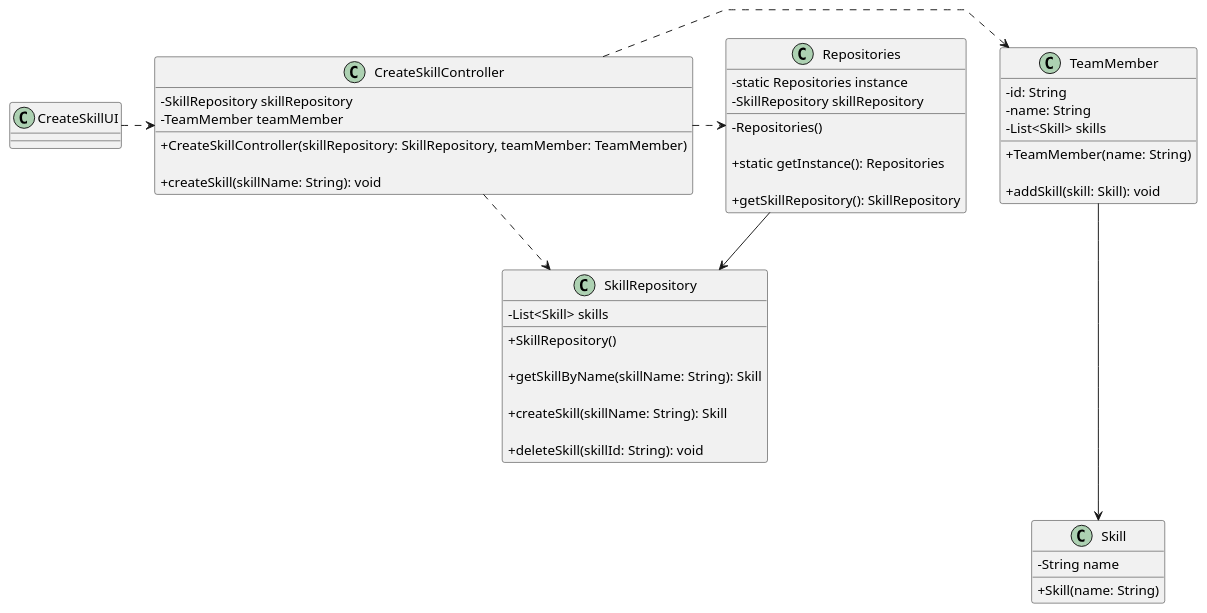
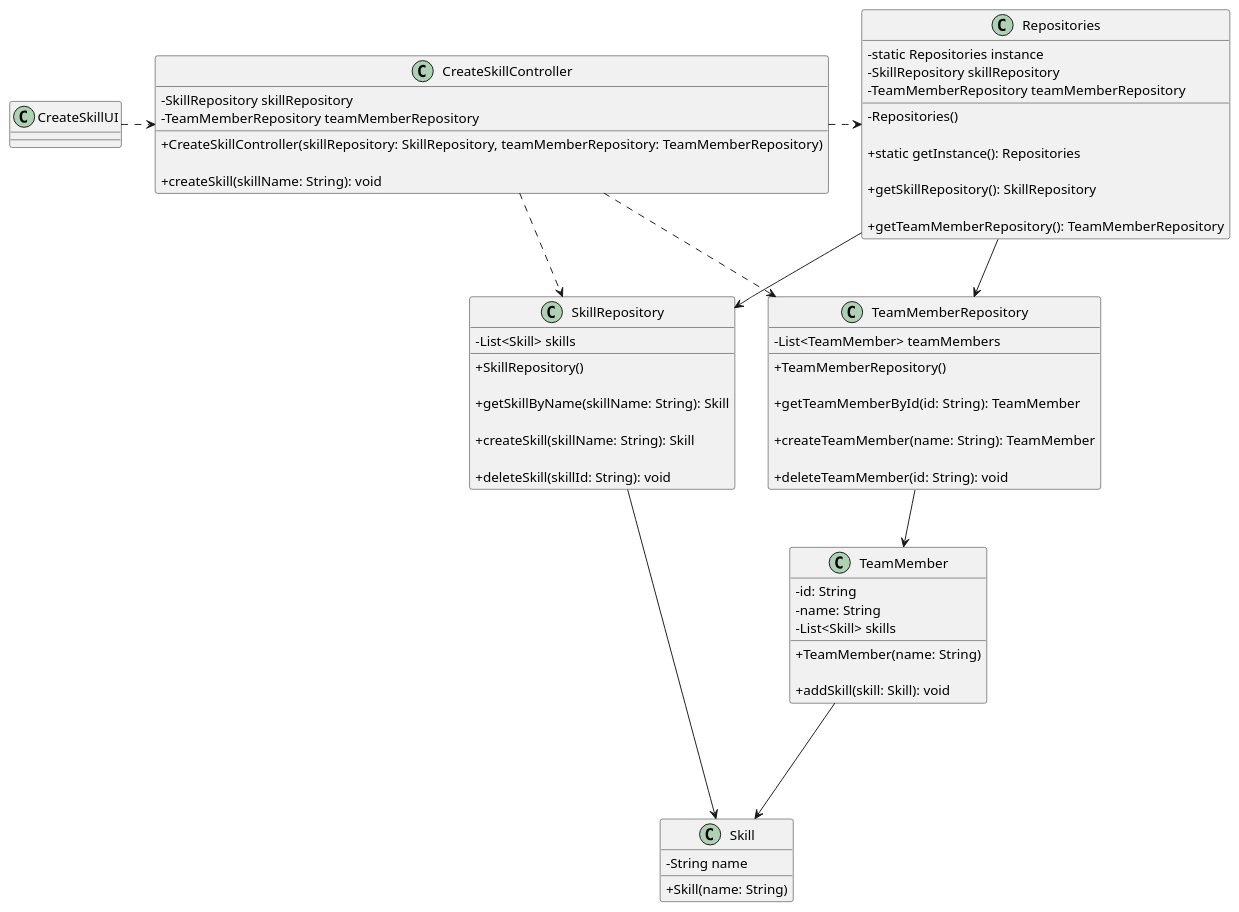
One commit to Mendoncaa/LAPR2 changed the diagram in docs/sprintB/us001/03.design/puml/us001-class-diagram.puml. Above: the diagram before and after it, drawn with PlantUML. The commit also changed 14 other files, not shown here.

Commit message:
Update class diagram and sequence diagram (US001 and US004), TeamMemberRepository creation

```diff
--- a/docs/sprintB/us001/03.design/puml/us001-class-diagram.puml
+++ b/docs/sprintB/us001/03.design/puml/us001-class-diagram.puml
@@ -1,85 +1,108 @@
 @startuml
 'skinparam monochrome true
 skinparam packageStyle rectangle
 skinparam shadowing false
 skinparam linetype polyline
 'skinparam linetype orto
 
 skinparam classAttributeIconSize 0
 
 'left to right direction
 
 class CreateSkillUI {
 }
 
 class CreateSkillController {
     - SkillRepository skillRepository
-    - TeamMember teamMember
+    - TeamMemberRepository teamMemberRepository
 
-    'Construtor para inicializar o controlador com o SkillRepository e TeamMember
-    + CreateSkillController(skillRepository: SkillRepository, teamMember: TeamMember)
+    'Construtor para inicializar o controlador com o SkillRepository e TeamMemberRepository'
+    + CreateSkillController(skillRepository: SkillRepository, teamMemberRepository: TeamMemberRepository)
 
-    'Método para criar uma nova skill
+    'Método para criar uma nova skill'
     + createSkill(skillName: String): void
 }
 
 class Repositories {
     - static Repositories instance
     - SkillRepository skillRepository
+    - TeamMemberRepository teamMemberRepository
 
-    'Construtor privado para implementar o padrão Singleton
+    'Construtor privado para implementar o padrão Singleton'
     - Repositories()
 
-    'Método para obter a instância Singleton de Repositories
+    'Método para obter a instância Singleton de Repositories'
     + static getInstance(): Repositories
 
-    'Método para obter o repositório das skills
+    'Método para obter o repositório das skills'
     + getSkillRepository(): SkillRepository
+
+    'Método para obter o repositório dos membros da equipe'
+    + getTeamMemberRepository(): TeamMemberRepository
 }
-
 
 class SkillRepository {
     - List<Skill> skills
 
-    'Construtor para inicializar o repositório de skills
+    'Construtor para inicializar o repositório de skills'
     + SkillRepository()
 
-    'Retorna uma skill com base no seu nome
+    'Retorna uma skill com base no seu nome'
     + getSkillByName(skillName: String): Skill
 
-    'Cria uma nova skill e a adiciona ao repositório
+    'Cria uma nova skill e a adiciona ao repositório'
     + createSkill(skillName: String): Skill
 
-    'Remove uma skill do repositório
+    'Remove uma skill do repositório'
     + deleteSkill(skillId: String): void
 }
 
+class TeamMemberRepository {
+    - List<TeamMember> teamMembers
+
+    'Construtor para inicializar o repositório de membros da equipe'
+    + TeamMemberRepository()
+
+    'Retorna um membro da equipe com base no seu ID'
+    + getTeamMemberById(id: String): TeamMember
+
+    'Cria um novo membro da equipe e o adiciona ao repositório'
+    + createTeamMember(name: String): TeamMember
+
+    'Remove um membro da equipe do repositório'
+    + deleteTeamMember(id: String): void
+}
 
 class TeamMember {
     - id: String
     - name: String
     - List<Skill> skills
 
-    'Construtor para criar um novo membro da equipe
+    'Construtor para criar um novo membro da equipe'
     + TeamMember(name: String)
 
-    'Método para adicionar uma skill a um membro da equipe
+    'Método para adicionar uma skill a um membro da equipe'
     + addSkill(skill: Skill): void
 }
 
 class Skill {
     - String name
 
-    'Construtor para criar uma nova skill
+    'Construtor para criar uma nova skill'
     + Skill(name: String)
 }
 
 CreateSkillUI .> CreateSkillController
 CreateSkillController .> Repositories
 CreateSkillController .> SkillRepository
-CreateSkillController .> TeamMember
+CreateSkillController .> TeamMemberRepository
 Repositories --> SkillRepository
+Repositories --> TeamMemberRepository
+SkillRepository --> Skill
+TeamMemberRepository --> TeamMember
 TeamMember ---> Skill
 
 
+
+
 @enduml
```
